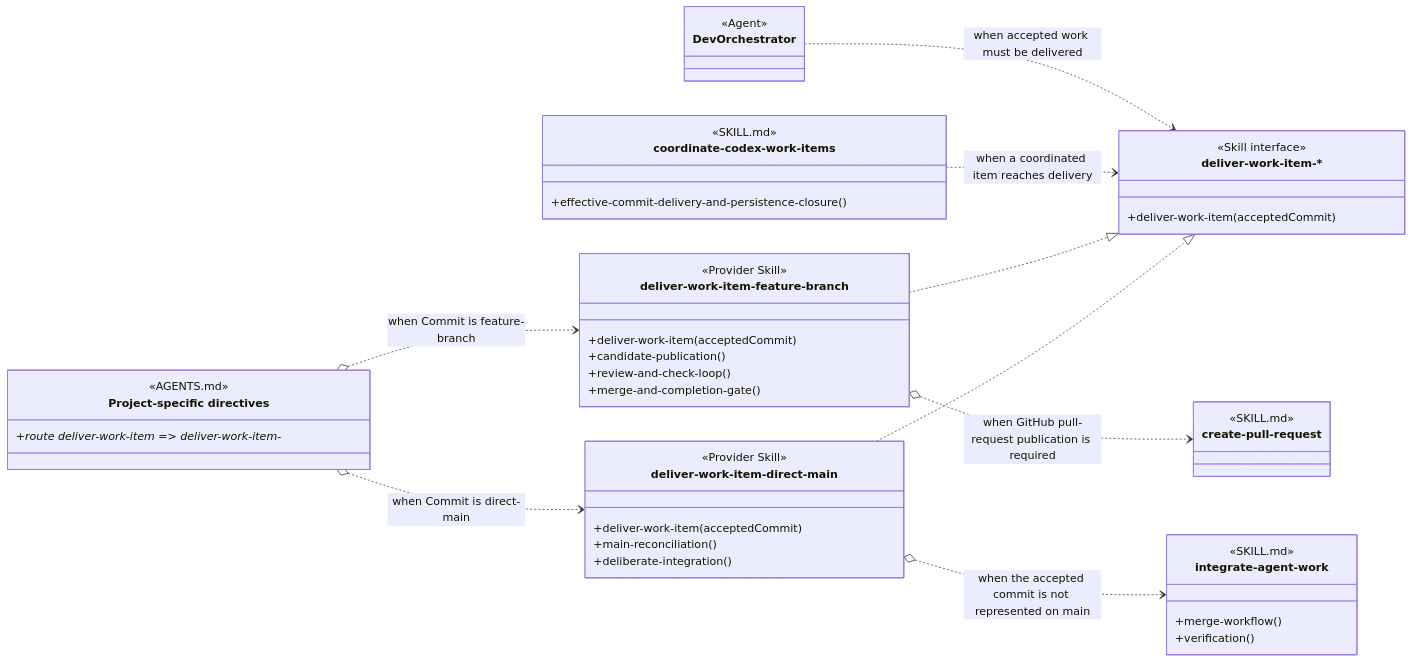
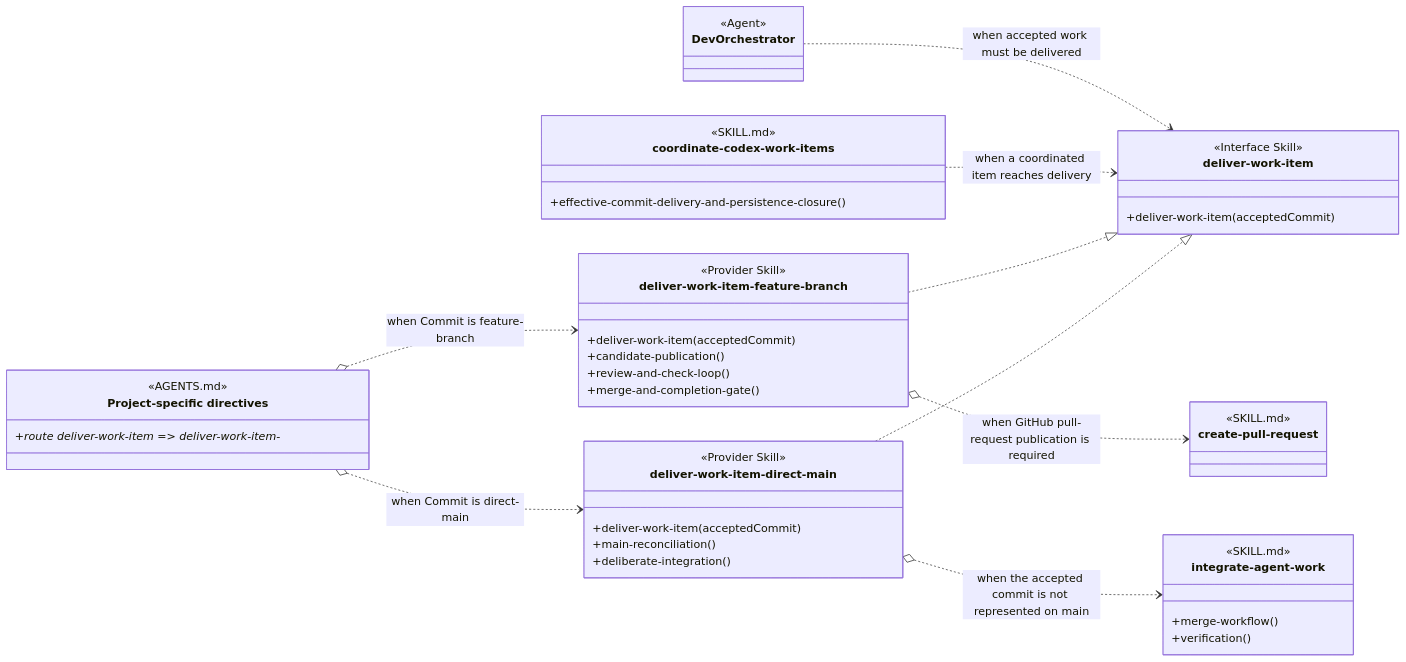
Before and after one commit to martinbechard/dev-methodology: the sixth of 6 diagrams in design/skill-groups/concurrent-tasking.md, drawn with Mermaid. The commit also changed other lines of this file and 27 other files, not shown here.

Commit message:
Add deliver work item interface skill

````diff
--- a/design/skill-groups/concurrent-tasking.md
+++ b/design/skill-groups/concurrent-tasking.md
@@ -431,60 +431,60 @@
 ```mermaid
 classDiagram
     direction LR
 
     class DevOrchestrator {
         <<Agent>>
     }
 
     class coordinate-codex-work-items {
         <<SKILL.md>>
         <<Agent Skill>>
         +effective-commit-delivery-and-persistence-closure()
     }
 
     class project-specific-directives["Project-specific directives"] {
         <<AGENTS.md>>
         <<routing>>
         +route deliver-work-item => deliver-work-item-*
     }
 
-    class DeliverWorkItem["deliver-work-item-*"] {
-        <<Skill interface>>
+    class DeliverWorkItem["deliver-work-item"] {
+        <<Interface Skill>>
         +deliver-work-item(acceptedCommit)
     }
 
     class deliver-work-item-feature-branch {
         <<Provider Skill>>
         +deliver-work-item(acceptedCommit)
         +candidate-publication()
         +review-and-check-loop()
         +merge-and-completion-gate()
     }
 
     class deliver-work-item-direct-main {
         <<Provider Skill>>
         <<Cross-group>>
         +deliver-work-item(acceptedCommit)
         +main-reconciliation()
         +deliberate-integration()
     }
 
     class create-pull-request {
         <<SKILL.md>>
     }
 
     class integrate-agent-work {
         <<SKILL.md>>
         +merge-workflow()
         +verification()
     }
 
     DevOrchestrator ..> DeliverWorkItem : when accepted work must be delivered
     coordinate-codex-work-items ..> DeliverWorkItem : when a coordinated item reaches delivery
     project-specific-directives o..> deliver-work-item-feature-branch : when Commit is feature-branch
     project-specific-directives o..> deliver-work-item-direct-main : when Commit is direct-main
     deliver-work-item-feature-branch ..|> DeliverWorkItem
     deliver-work-item-direct-main ..|> DeliverWorkItem
     deliver-work-item-feature-branch o..> create-pull-request : when GitHub pull-request publication is required
     deliver-work-item-direct-main o..> integrate-agent-work : when the accepted commit is not represented on main
 ```
````
